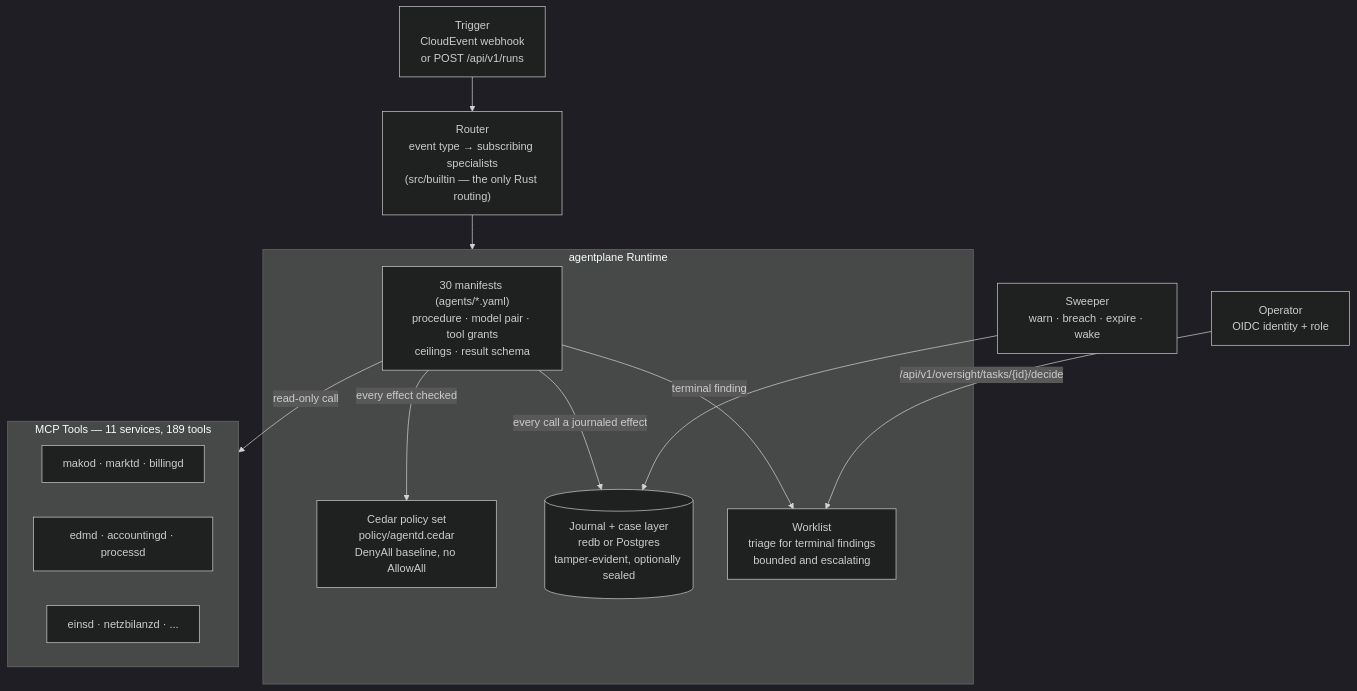
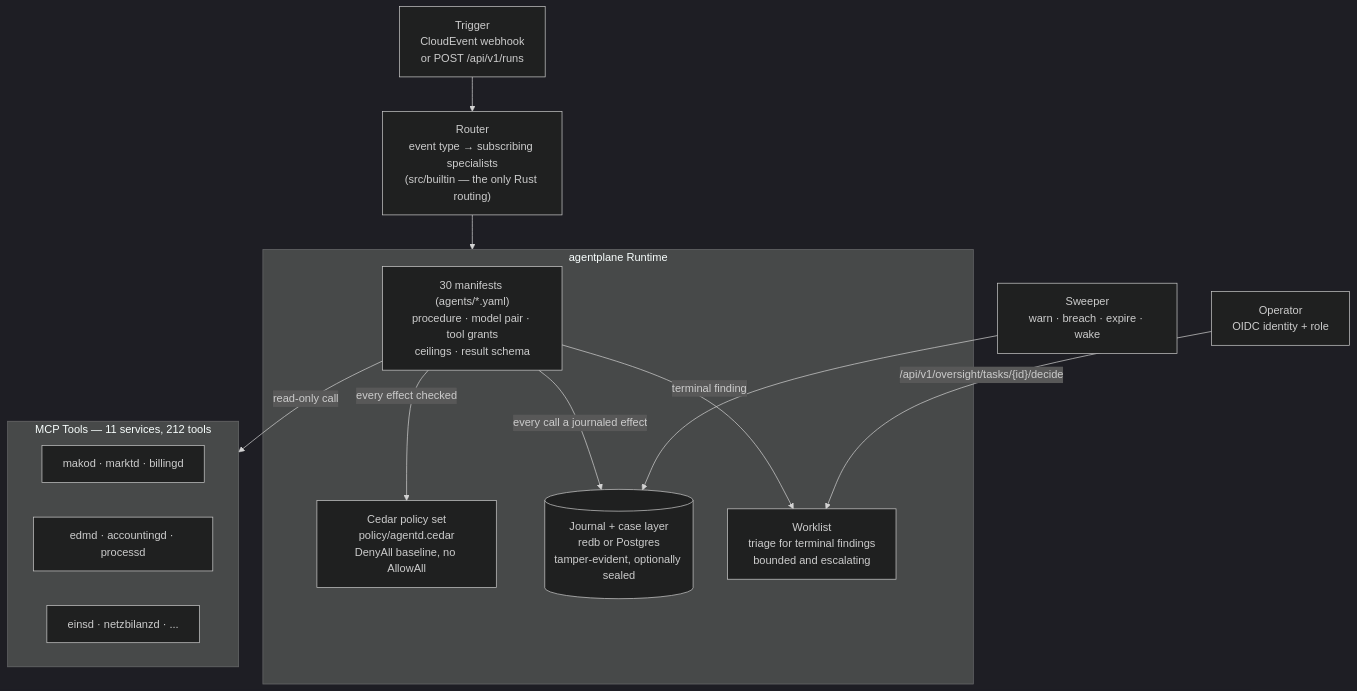
Before and after one commit to hupe1980/mako: the first of 4 diagrams in site/content/docs/services/agentd.md, drawn with Mermaid (dark theme). The commit also changed other lines of this file and 584 other files, not shown here.

````diff
--- a/site/content/docs/services/agentd.md
+++ b/site/content/docs/services/agentd.md
@@ -548,29 +587,29 @@
 ```mermaid
 graph TB
     TRIGGER["Trigger<br/>CloudEvent webhook<br/>or POST /api/v1/runs"]
     ROUTER["Router<br/>event type → subscribing specialists<br/>(src/builtin — the only Rust routing)"]
 
     subgraph plane ["agentplane Runtime"]
         MANIFEST["30 manifests (agents/*.yaml)<br/>procedure · model pair · tool grants<br/>ceilings · result schema"]
         POLICY["Cedar policy set<br/>policy/agentd.cedar<br/>DenyAll baseline, no AllowAll"]
         JOURNAL[("Journal + case layer<br/>redb or Postgres<br/>tamper-evident, optionally sealed")]
         OVERSIGHT["Worklist<br/>triage for terminal findings<br/>bounded and escalating"]
     end
 
-    subgraph tools ["MCP Tools — 11 services, 189 tools"]
+    subgraph tools ["MCP Tools — 11 services, 212 tools"]
         T1["makod · marktd · billingd"]
         T2["edmd · accountingd · processd"]
         T3["einsd · netzbilanzd · ..."]
     end
 
     HUMAN["Operator<br/>OIDC identity + role"]
     SWEEP["Sweeper<br/>warn · breach · expire · wake"]
 
     TRIGGER --> ROUTER --> plane
     MANIFEST -->|"every effect checked"| POLICY
     MANIFEST -->|"every call a journaled effect"| JOURNAL
     MANIFEST -->|"terminal finding"| OVERSIGHT
     HUMAN -->|"/api/v1/oversight/tasks/{id}/decide"| OVERSIGHT
     SWEEP --> JOURNAL
     MANIFEST -->|"read-only call"| tools
 ```
````
